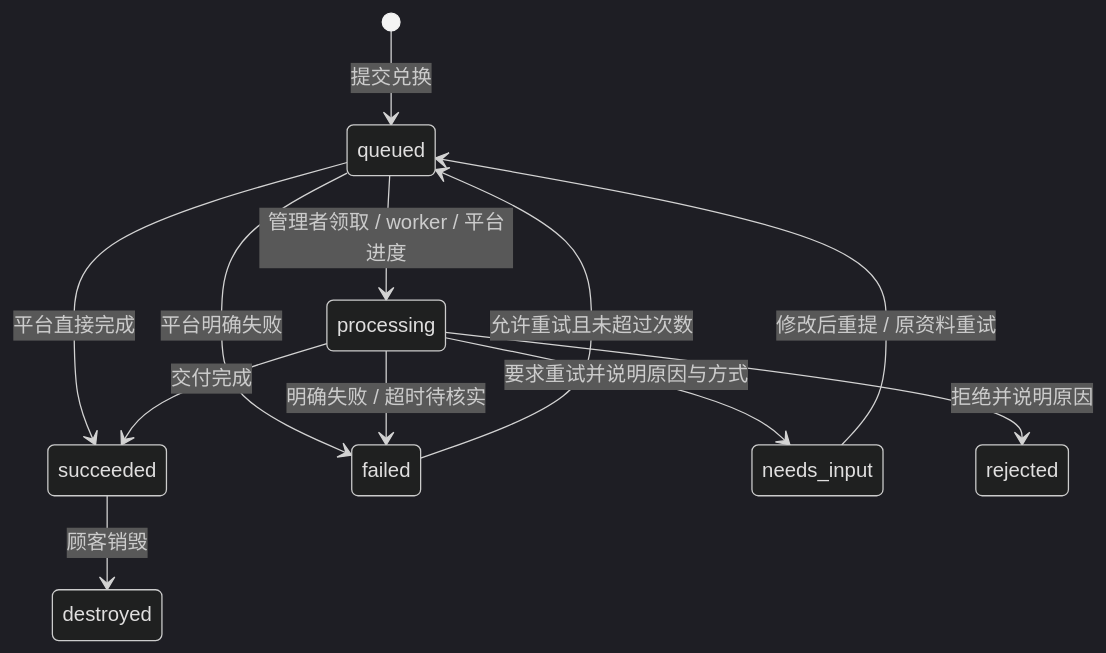
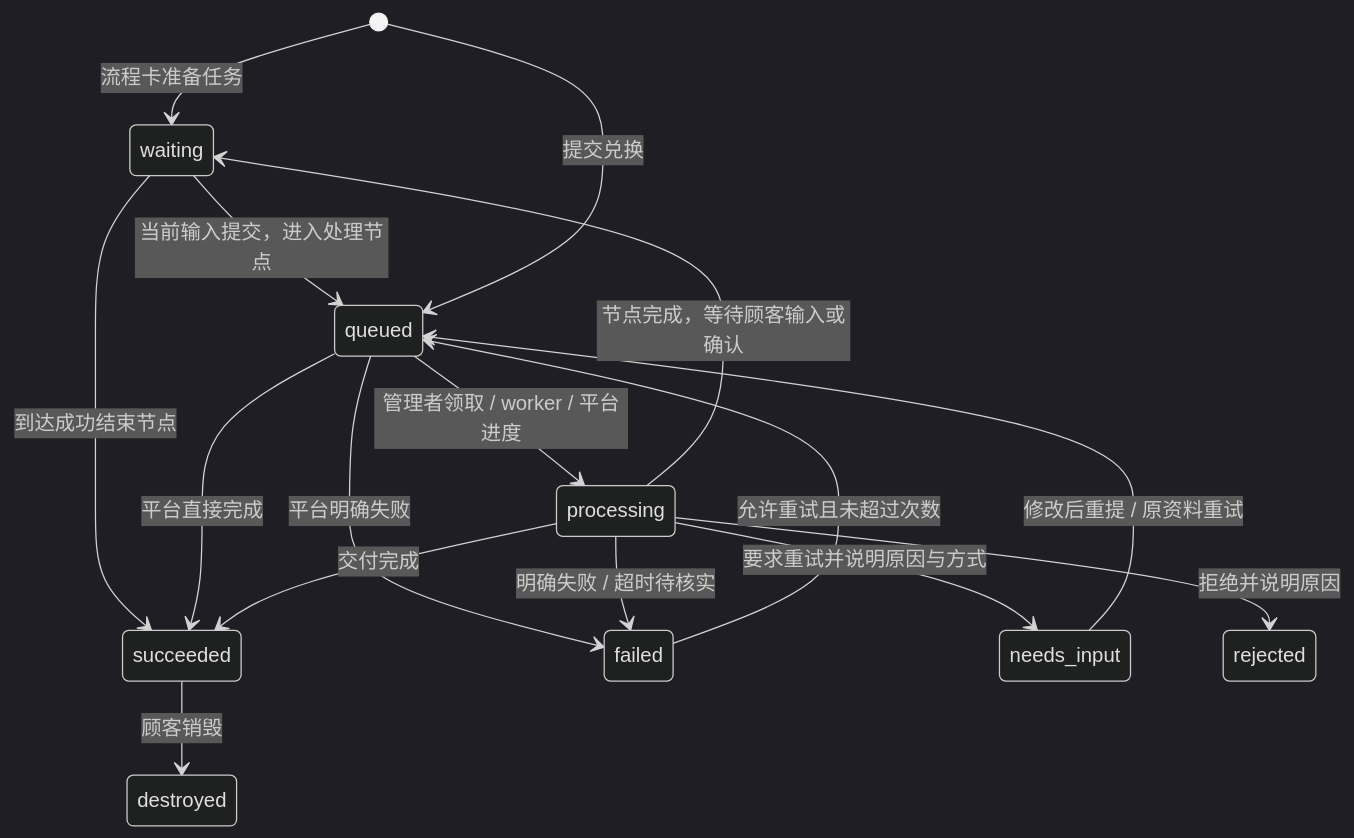
The diagram in docs/protocol.md (TokenNotIncluded/extore), drawn with Mermaid (dark theme) before and after one commit. The commit also changed other lines of this file and 12 other files, not shown here.

Commit message:
docs: describe task flows and partial redemption in 0.8.0

````diff
--- a/docs/protocol.md
+++ b/docs/protocol.md
@@ -28,14 +30,18 @@
 ```mermaid
 stateDiagram-v2
+  [*] --> waiting: 流程卡准备任务
+  waiting --> queued: 当前输入提交，进入处理节点
+  processing --> waiting: 节点完成，等待顾客输入或确认
+  waiting --> succeeded: 到达成功结束节点
   [*] --> queued: 提交兑换
   queued --> processing: 管理者领取 / worker / 平台进度
   queued --> succeeded: 平台直接完成
   queued --> failed: 平台明确失败
   processing --> succeeded: 交付完成
   processing --> failed: 明确失败 / 超时待核实
   processing --> needs_input: 要求重试并说明原因与方式
   needs_input --> queued: 修改后重提 / 原资料重试
   processing --> rejected: 拒绝并说明原因
   failed --> queued: 允许重试且未超过次数
   succeeded --> destroyed: 顾客销毁
 ```
````
